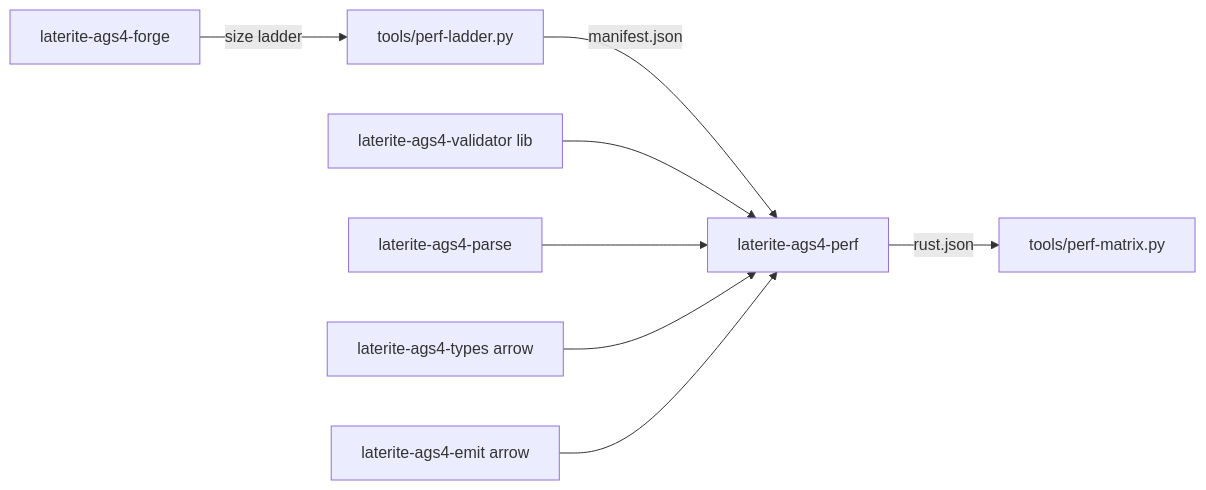
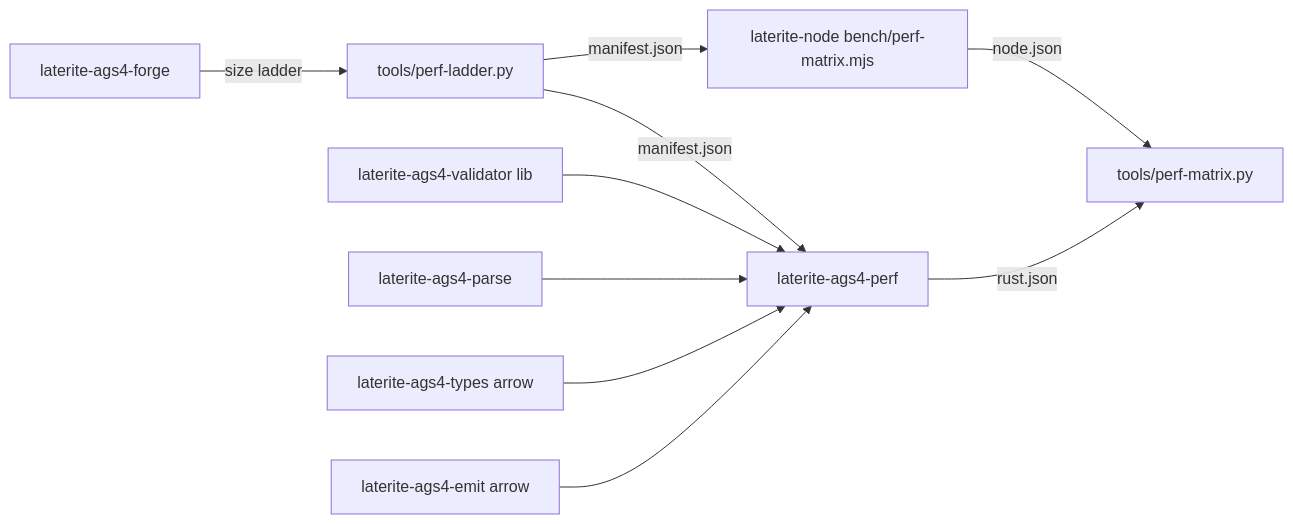
One commit to niko86/laterite changed the diagram in ags-wiki/tools/laterite-ags4-perf.md. Above: the diagram before and after it, drawn with Mermaid. The commit also changed other lines of this file and 7 other files, not shown here.

Commit message:
perf: the Node surface joins the measured ladder — matrix lane with mem-first swap honesty, and the EmitGroup revisit closes (#823)

````diff
--- a/ags-wiki/tools/laterite-ags4-perf.md
+++ b/ags-wiki/tools/laterite-ags4-perf.md
@@ -80,10 +80,12 @@
 ```mermaid
 flowchart LR
   forge[laterite-ags4-forge] -->|size ladder| ladder[tools/perf-ladder.py]
   ladder -->|manifest.json| perf[laterite-ags4-perf]
+  ladder -->|manifest.json| nodelane[laterite-node bench/perf-matrix.mjs]
   val[laterite-ags4-validator lib] --> perf
   parse[laterite-ags4-parse] --> perf
   types[laterite-ags4-types arrow] --> perf
   emit[laterite-ags4-emit arrow] --> perf
   perf -->|rust.json| matrix[tools/perf-matrix.py]
+  nodelane -->|node.json| matrix
 ```
````
